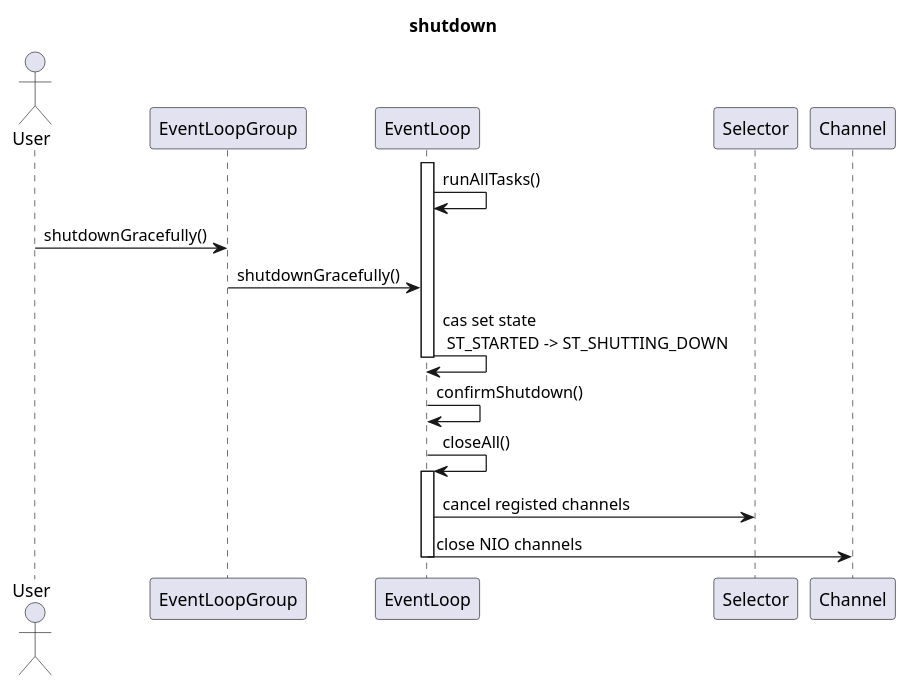
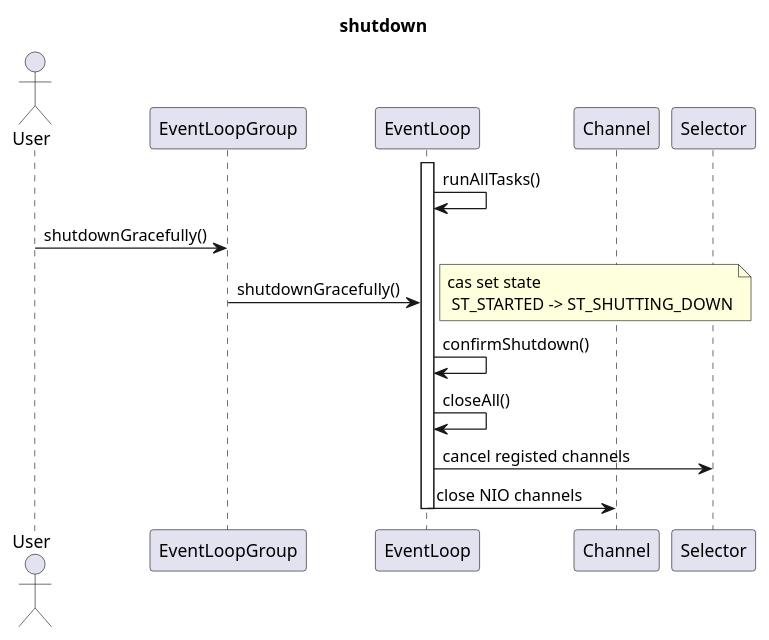
The sixth of 6 diagrams in docs/CS/Java/Netty/Netty.md (Robinpig/Note), drawn with PlantUML before and after one commit. The commit also changed other lines of this file and 6 other files, not shown here.

````diff
--- a/docs/CS/Java/Netty/Netty.md
+++ b/docs/CS/Java/Netty/Netty.md
@@ -154,20 +184,18 @@
 ```plantuml
 title: shutdown
 actor User
 participant EventLoopGroup as eg
 participant EventLoop as el
 activate el
 el -> el: runAllTasks()
 User -> eg: shutdownGracefully()
 eg -> el: shutdownGracefully()
-el -> el: cas set state \n ST_STARTED -> ST_SHUTTING_DOWN
-deactivate el
+note right: cas set state \n ST_STARTED -> ST_SHUTTING_DOWN
 el -> el: confirmShutdown()
 el -> el: closeAll()
-activate el
+participant Channel as ch
 participant Selector as se
 el -> se: cancel registed channels
-participant Channel as ch
 el -> ch: close NIO channels
 deactivate el
 ```
````
